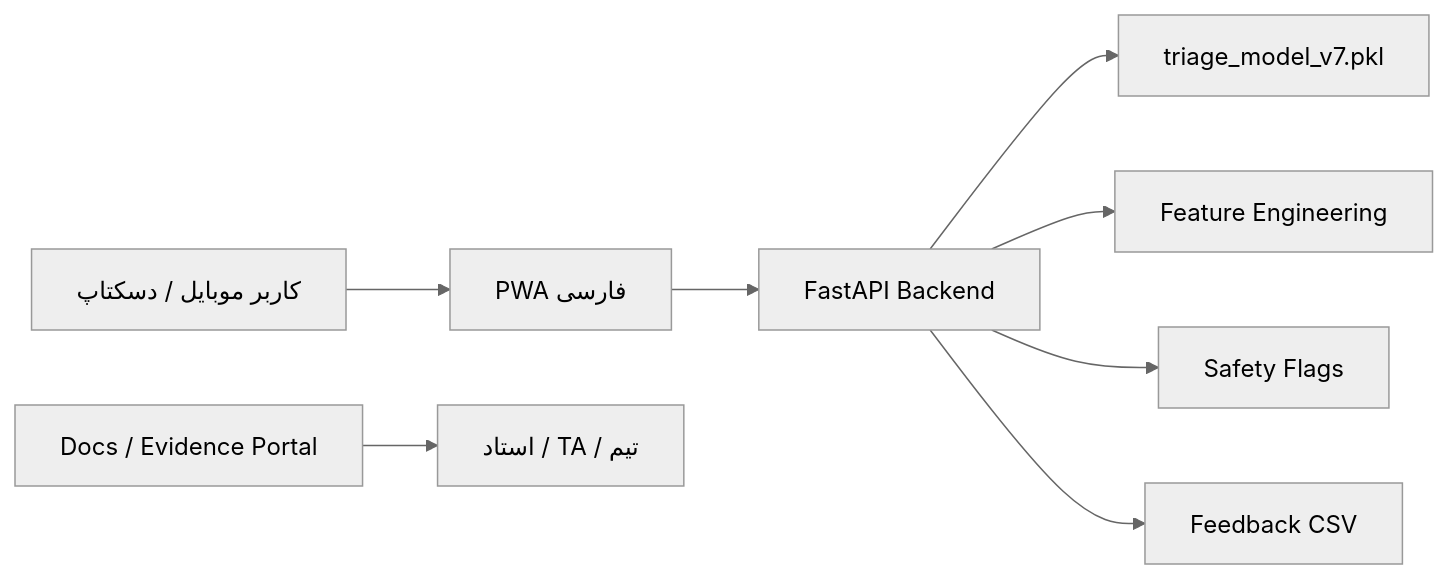
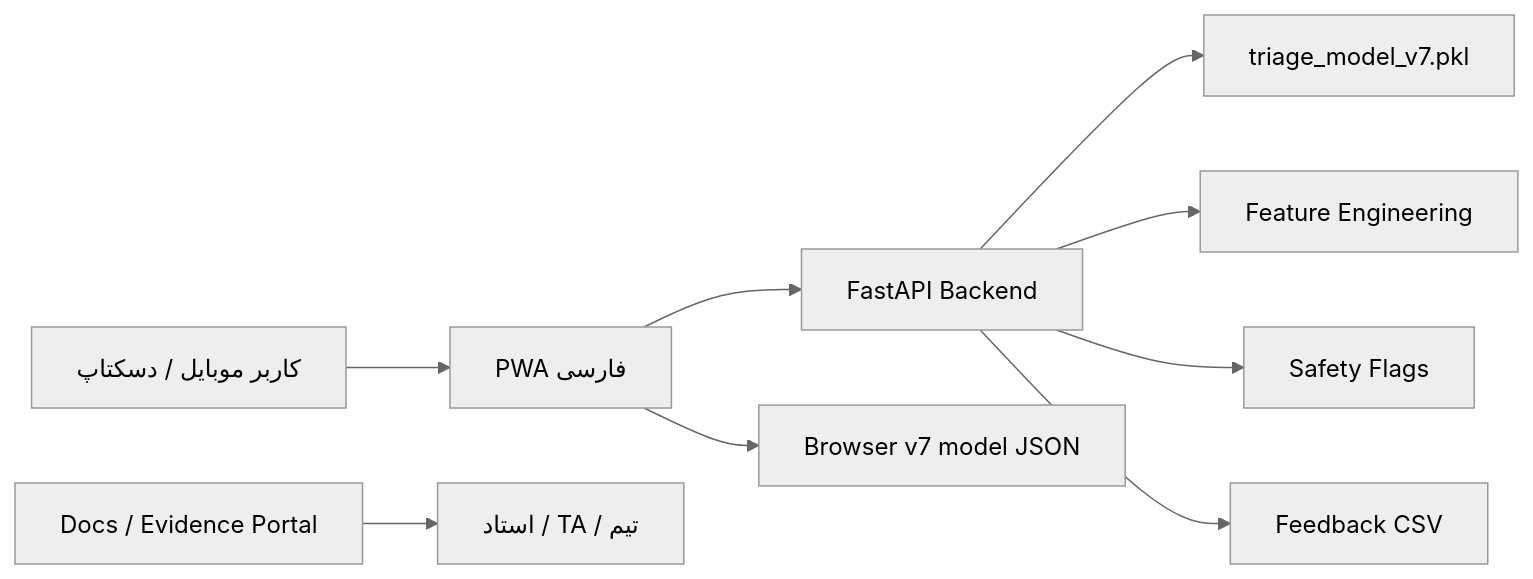
The diagram in docs/architecture.md (AminHatesProgramming/emergency-triage-mvp), drawn with Mermaid (neutral theme) before and after one commit. The commit also changed other lines of this file and 14 other files, not shown here.

````diff
--- a/docs/architecture.md
+++ b/docs/architecture.md
@@ -7,10 +7,11 @@
 ```mermaid
 flowchart LR
   A["کاربر موبایل / دسکتاپ"] --> B["PWA فارسی"]
   B --> C["FastAPI Backend"]
   C --> D["triage_model_v7.pkl"]
   C --> E["Feature Engineering"]
   C --> F["Safety Flags"]
   C --> G["Feedback CSV"]
+  B --> J["Browser v7 model JSON"]
   H["Docs / Evidence Portal"] --> I["استاد / TA / تیم"]
 ```
````
